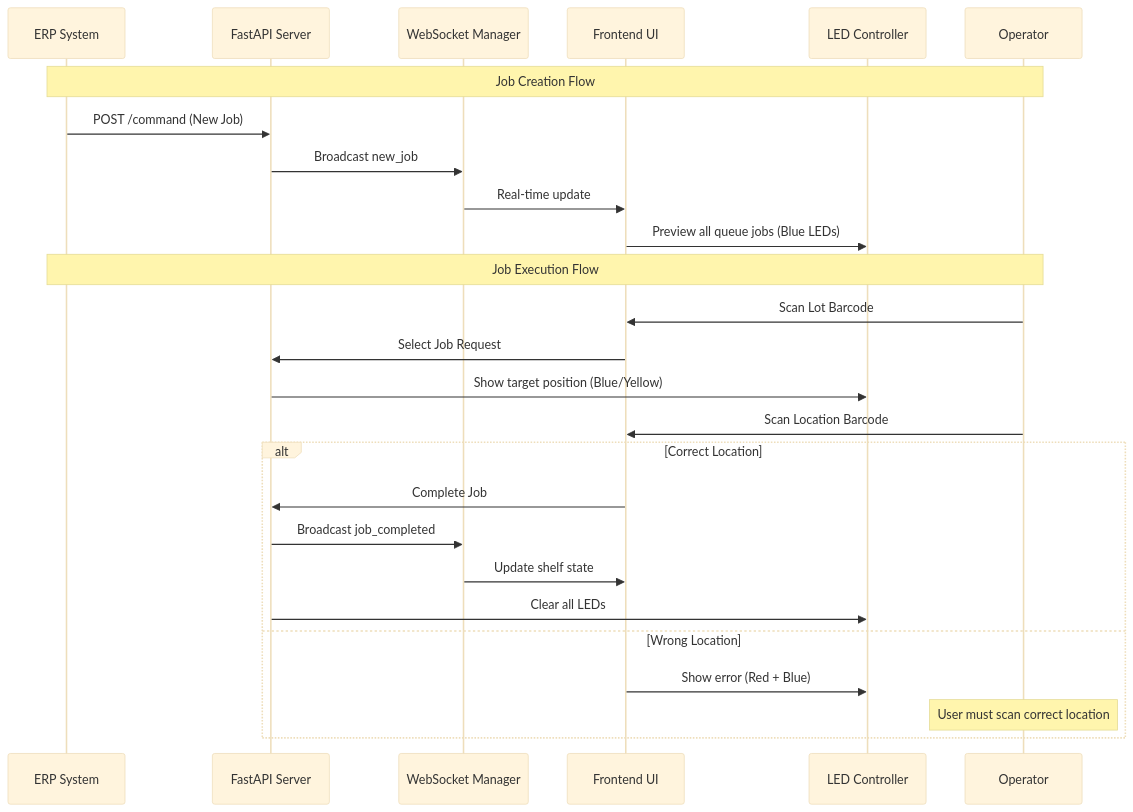
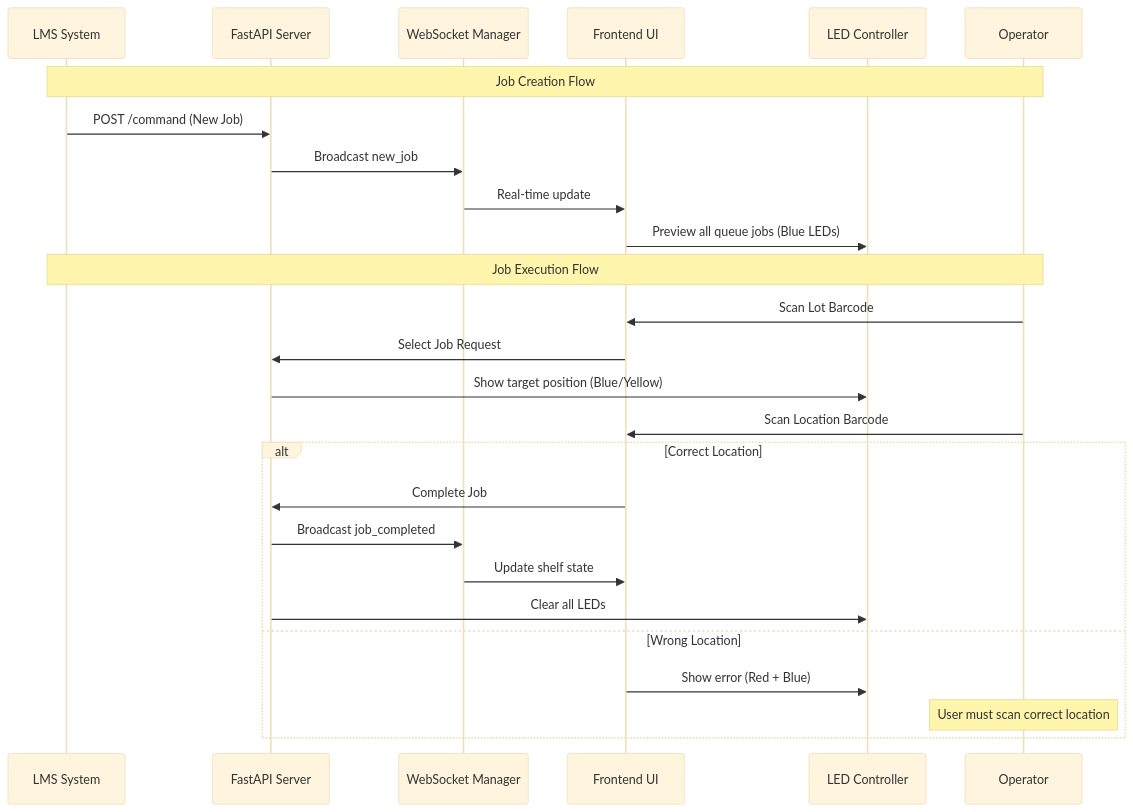
Before and after one commit to Krittapas2546/RFID-smart-shelf: the third of 9 diagrams in README.md, drawn with Mermaid (base theme).

````diff
--- a/README.md
+++ b/README.md
@@ -144,31 +144,31 @@
 ```mermaid
 sequenceDiagram
-    participant ERP as ERP System
+    participant ERP as LMS System
     participant API as FastAPI Server
     participant WS as WebSocket Manager
     participant UI as Frontend UI
     participant LED as LED Controller
     participant USER as Operator
     
     Note over ERP,USER: Job Creation Flow
     ERP->>API: POST /command (New Job)
     API->>WS: Broadcast new_job
     WS->>UI: Real-time update
     UI->>LED: Preview all queue jobs (Blue LEDs)
     
     Note over ERP,USER: Job Execution Flow
     USER->>UI: Scan Lot Barcode
     UI->>API: Select Job Request
     API->>LED: Show target position (Blue/Yellow)
     USER->>UI: Scan Location Barcode
     
     alt Correct Location
         UI->>API: Complete Job
         API->>WS: Broadcast job_completed
         WS->>UI: Update shelf state
         API->>LED: Clear all LEDs
     else Wrong Location
         UI->>LED: Show error (Red + Blue)
         Note over USER: User must scan correct location
     end
 ```
````
